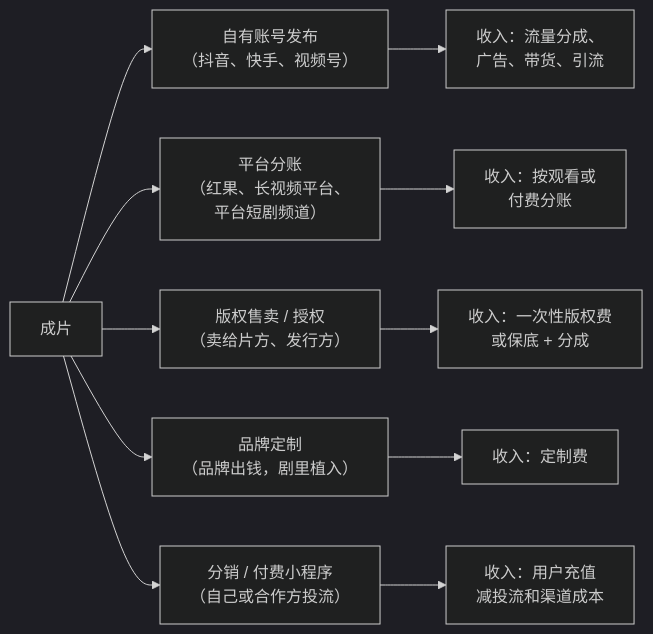
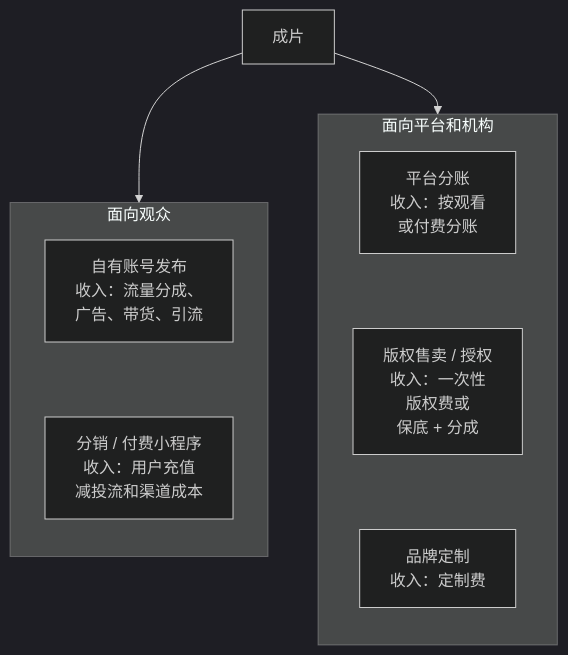
One commit to jarvis-pro/hatch-shelf changed the first of 2 diagrams in books/drama-distribution/01-landscape.md. Above: the diagram before and after it, drawn with Mermaid (dark theme). The commit also changed other lines of this file and 432 other files, not shown here.

````diff
--- a/books/drama-distribution/01-landscape.md
+++ b/books/drama-distribution/01-landscape.md
@@ -43,13 +41,12 @@
 ```mermaid
-flowchart LR
-  A["成片"] --> B["自有账号发布<br/>（抖音、快手、视频号）"]
-  A --> C["平台分账<br/>（红果、长视频平台、<br/>平台短剧频道）"]
-  A --> D["版权售卖 / 授权<br/>（卖给片方、发行方）"]
-  A --> E["品牌定制<br/>（品牌出钱，剧里植入）"]
-  A --> F["分销 / 付费小程序<br/>（自己或合作方投流）"]
-  B --> G["收入：流量分成、<br/>广告、带货、引流"]
-  C --> H["收入：按观看或<br/>付费分账"]
-  D --> I["收入：一次性版权费<br/>或保底 + 分成"]
-  E --> J["收入：定制费"]
-  F --> K["收入：用户充值<br/>减投流和渠道成本"]
+flowchart TD
+  A["成片"] --> SELF & BIZ
+  subgraph SELF["面向观众"]
+    direction TB
+    B["自有账号发布<br/>收入：流量分成、<br/>广告、带货、引流"] ~~~ F["分销 / 付费小程序<br/>收入：用户充值<br/>减投流和渠道成本"]
+  end
+  subgraph BIZ["面向平台和机构"]
+    direction TB
+    C["平台分账<br/>收入：按观看<br/>或付费分账"] ~~~ D["版权售卖 / 授权<br/>收入：一次性<br/>版权费或<br/>保底 + 分成"] ~~~ E["品牌定制<br/>收入：定制费"]
+  end
 ```
````
